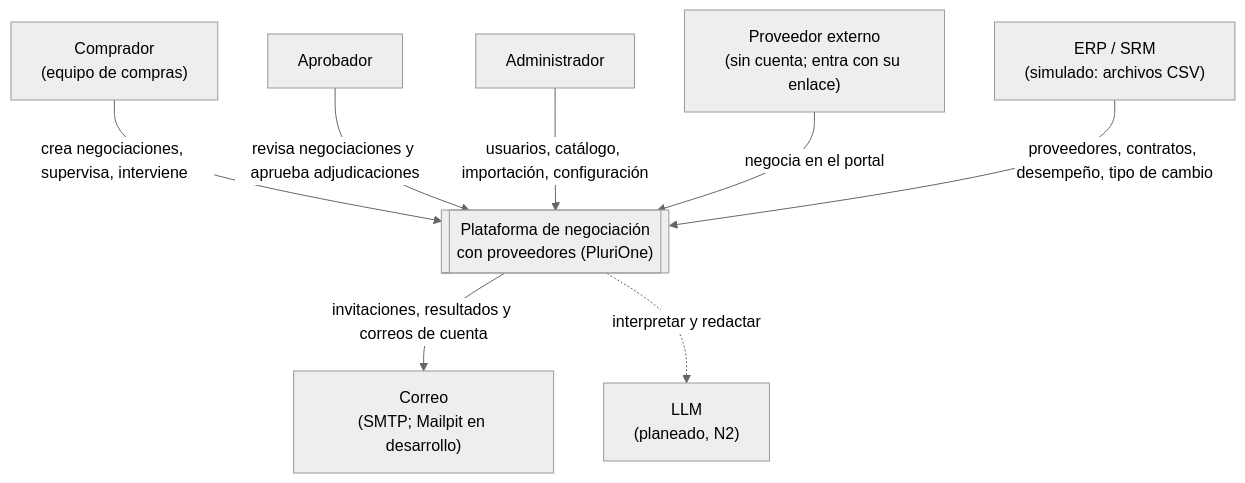
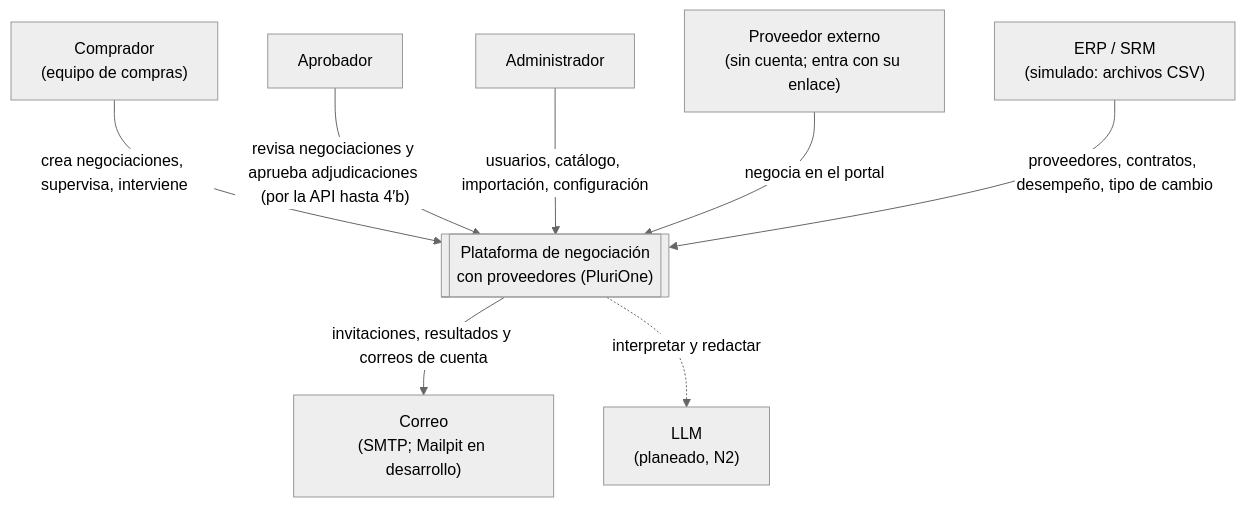
Before and after one commit to sibashdb/G19X-ITH-SDB-360-ACADEMIC: the first of 4 diagrams in docs/arquitectura/c4.md, drawn with Mermaid (neutral theme). The commit also changed 5 other files, not shown here.

````diff
--- a/docs/arquitectura/c4.md
+++ b/docs/arquitectura/c4.md
@@ -11,21 +11,21 @@
 ```mermaid
 flowchart TB
   comprador["Comprador<br/>(equipo de compras)"]
   aprobador["Aprobador"]
   admin["Administrador"]
   proveedor["Proveedor externo<br/>(sin cuenta; entra con su enlace)"]
 
   plataforma[["Plataforma de negociación<br/>con proveedores (PluriOne)"]]
 
   erp["ERP / SRM<br/>(simulado: archivos CSV)"]
   correo["Correo<br/>(SMTP; Mailpit en desarrollo)"]
   llm["LLM<br/>(planeado, N2)"]
 
   comprador -- "crea negociaciones, supervisa, interviene" --> plataforma
-  aprobador -- "revisa negociaciones y aprueba adjudicaciones" --> plataforma
+  aprobador -- "revisa negociaciones y aprueba adjudicaciones (por la API hasta 4′b)" --> plataforma
   admin -- "usuarios, catálogo, importación, configuración" --> plataforma
   proveedor -- "negocia en el portal" --> plataforma
   erp -- "proveedores, contratos, desempeño, tipo de cambio" --> plataforma
   plataforma -- "invitaciones, resultados y correos de cuenta" --> correo
   plataforma -. "interpretar y redactar" .-> llm
 ```
````
